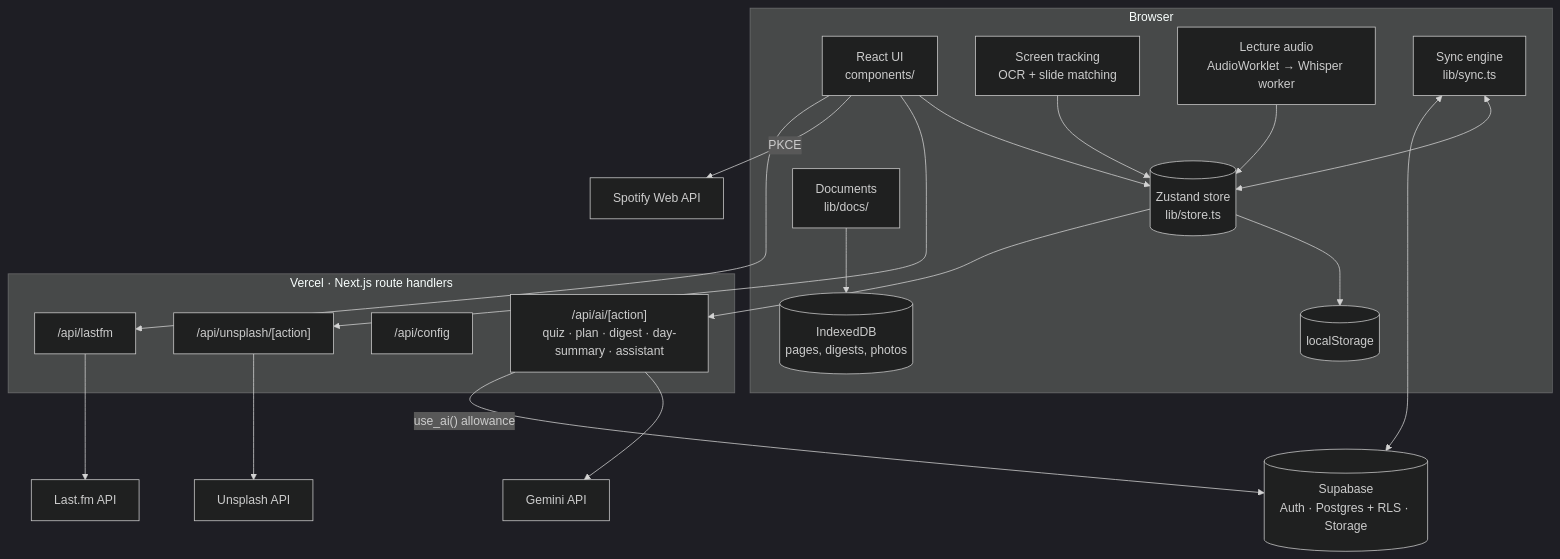
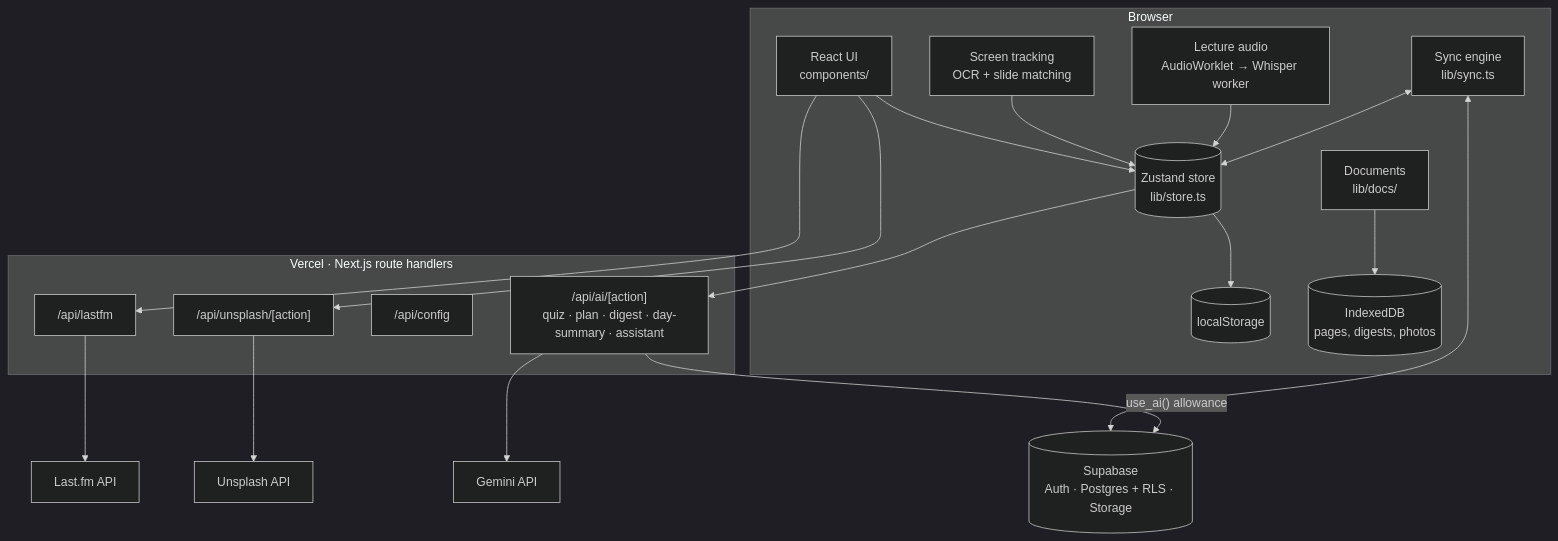
The diagram in docs/ARCHITECTURE.md (abdulksidani-png/Pomogator), drawn with Mermaid (dark theme) before and after one commit. The commit also changed other lines of this file and 34 other files, not shown here.

````diff
--- a/docs/ARCHITECTURE.md
+++ b/docs/ARCHITECTURE.md
@@ -6,23 +6,22 @@
 ```mermaid
 flowchart TB
   subgraph Browser
     UI["React UI<br/>components/"] --> Store[("Zustand store<br/>lib/store.ts")]
     Store --> LS[("localStorage")]
     Docs["Documents<br/>lib/docs/"] --> IDB[("IndexedDB<br/>pages, digests, photos")]
     Screen["Screen tracking<br/>OCR + slide matching"] --> Store
     Audio["Lecture audio<br/>AudioWorklet → Whisper worker"] --> Store
     Sync["Sync engine<br/>lib/sync.ts"] <--> Store
   end
   subgraph Server["Vercel · Next.js route handlers"]
     AIRoute["/api/ai/[action]<br/>quiz · plan · digest · day-summary · assistant"]
     Photos["/api/unsplash/[action]"]
     Config["/api/config"]
     Music["/api/lastfm"]
   end
   Sync <--> Supabase[("Supabase<br/>Auth · Postgres + RLS · Storage")]
   Store --> AIRoute --> Gemini["Gemini API"]
   AIRoute -->|"use_ai() allowance"| Supabase
   UI --> Photos --> Unsplash["Unsplash API"]
-  UI -->|"PKCE"| Spotify["Spotify Web API"]
   UI --> Music --> LastFM["Last.fm API"]
 ```
````
